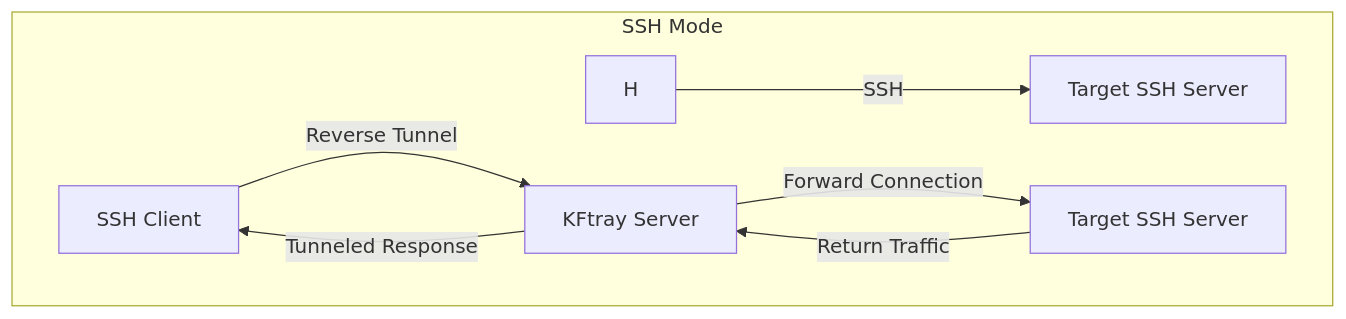
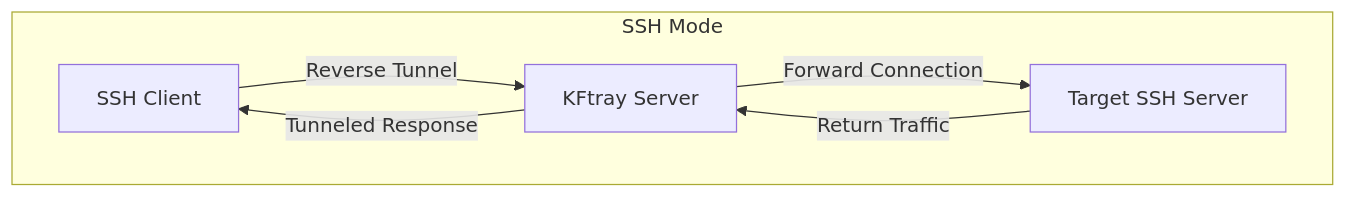
One commit to hcavarsan/kftray changed the third of 3 diagrams in crates/kftray-server/README.md. Above: the diagram before and after it, drawn with Mermaid.

Commit message:
feat: add new ssh reverse tunnel to expose service

````diff
--- a/crates/kftray-server/README.md
+++ b/crates/kftray-server/README.md
@@ -29,10 +29,9 @@
 ```mermaid
 graph TD
     subgraph SSH Mode
-        H -->|SSH| I[Target SSH Server]
         A[SSH Client] -->|Reverse Tunnel| B[KFtray Server]
         B -->|Forward Connection| C[Target SSH Server]
         C -->|Return Traffic| B
         B -->|Tunneled Response| A
      end
 ```
````
